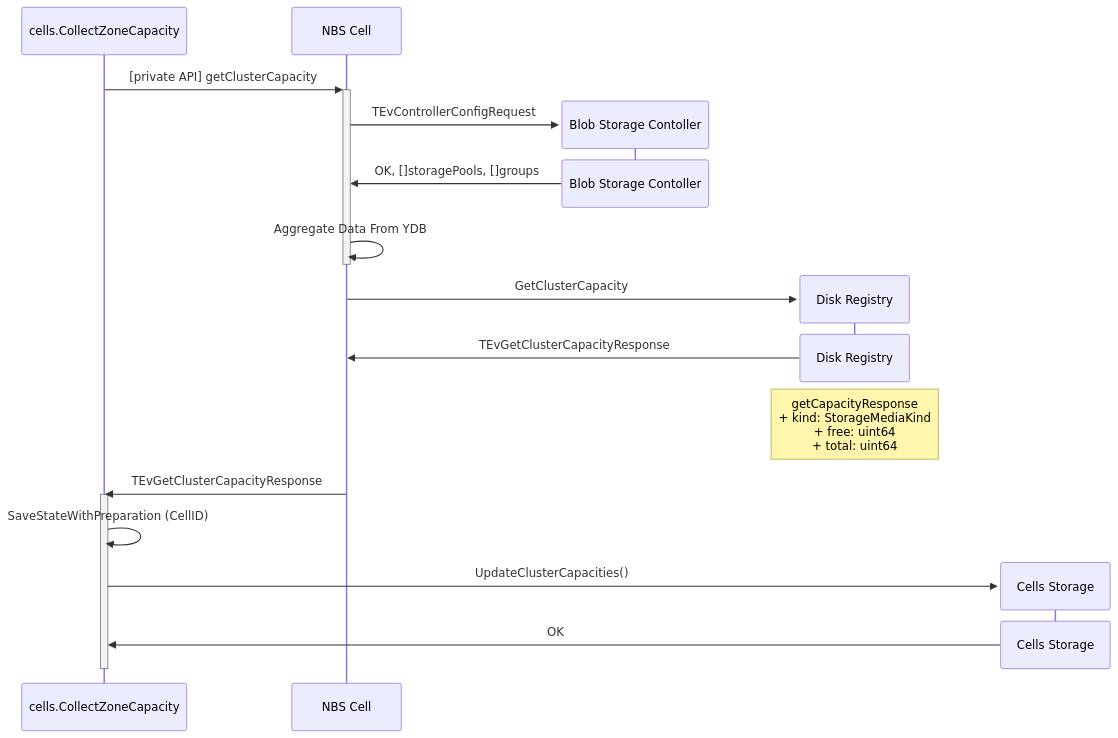
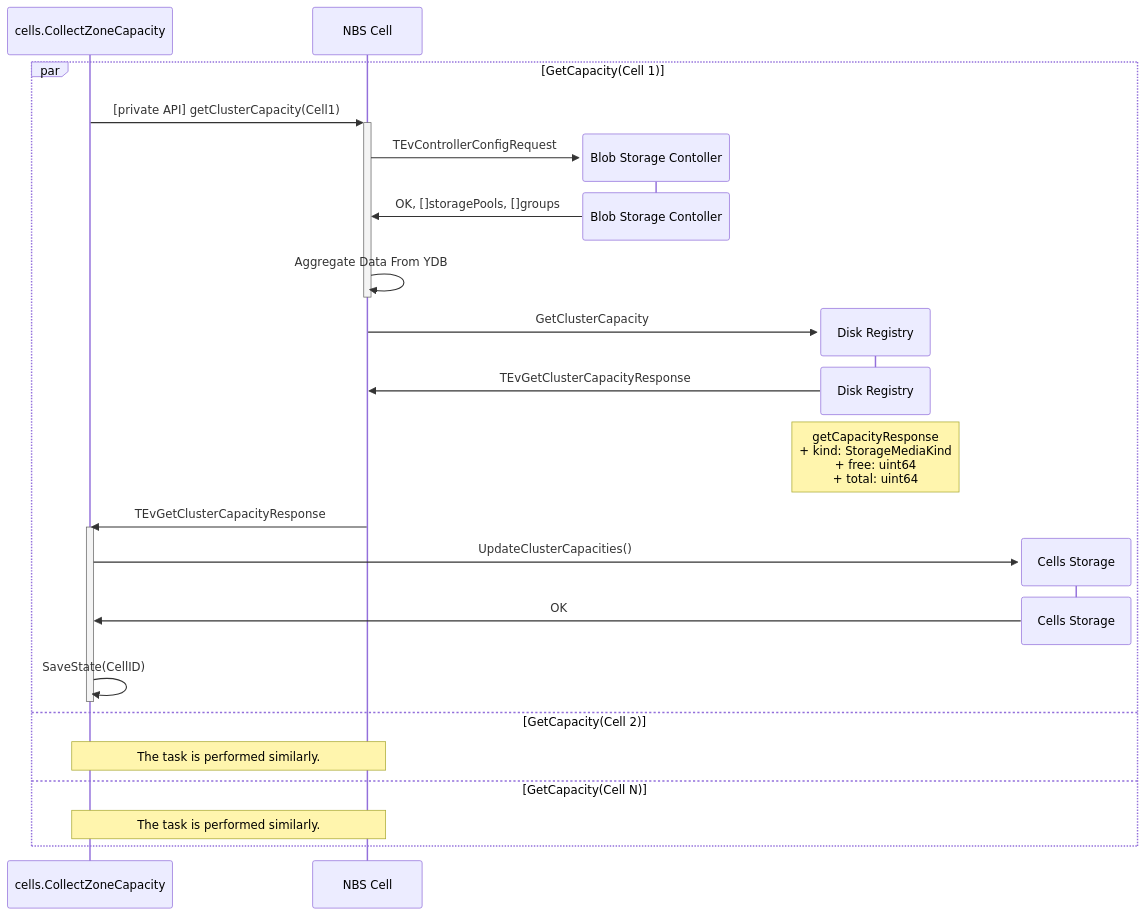
Before and after one commit to ydb-platform/nbs: the first of 4 diagrams in doc/disk_manager/cells/design_doc.md, drawn with Mermaid. The commit also changed other lines of this file, not shown here.

````diff
--- a/doc/disk_manager/cells/design_doc.md
+++ b/doc/disk_manager/cells/design_doc.md
@@ -25,28 +23,34 @@
 ```mermaid
 sequenceDiagram
     participant GetCapactiyTask as cells.CollectZoneCapacity
     participant NBS as NBS Cell
 
-    GetCapactiyTask ->>+ NBS: [private API] getClusterCapacity
+    par GetCapacity(Cell 1)
+    GetCapactiyTask ->>+ NBS: [private API] getClusterCapacity(Cell1)
 
     create participant BSC as Blob Storage Contoller
     NBS ->> BSC: TEvControllerConfigRequest
     destroy BSC
     BSC ->> NBS: OK, []storagePools, []groups
     NBS ->>- NBS: Aggregate Data From YDB
 
     create participant DR as Disk Registry
     NBS ->> DR: GetClusterCapacity
     destroy DR
     DR ->> NBS: TEvGetClusterCapacityResponse
     Note over DR: getCapacityResponse<br/>+ kind: StorageMediaKind<br/>+ free: uint64<br/>+ total: uint64
     NBS ->> GetCapactiyTask: TEvGetClusterCapacityResponse
 
     activate GetCapactiyTask
-    GetCapactiyTask ->> GetCapactiyTask: SaveStateWithPreparation (CellID)
     create participant CS as Cells Storage
     GetCapactiyTask ->> CS: UpdateClusterCapacities()
     destroy CS
     CS ->> GetCapactiyTask: OK
+    GetCapactiyTask ->> GetCapactiyTask: SaveState(CellID)
     deactivate GetCapactiyTask
+    and GetCapacity(Cell 2)
+    Note over GetCapactiyTask, NBS: The task is performed similarly.
+    and GetCapacity(Cell N)
+    Note over GetCapactiyTask, NBS: The task is performed similarly.
+    end
 ```
````
